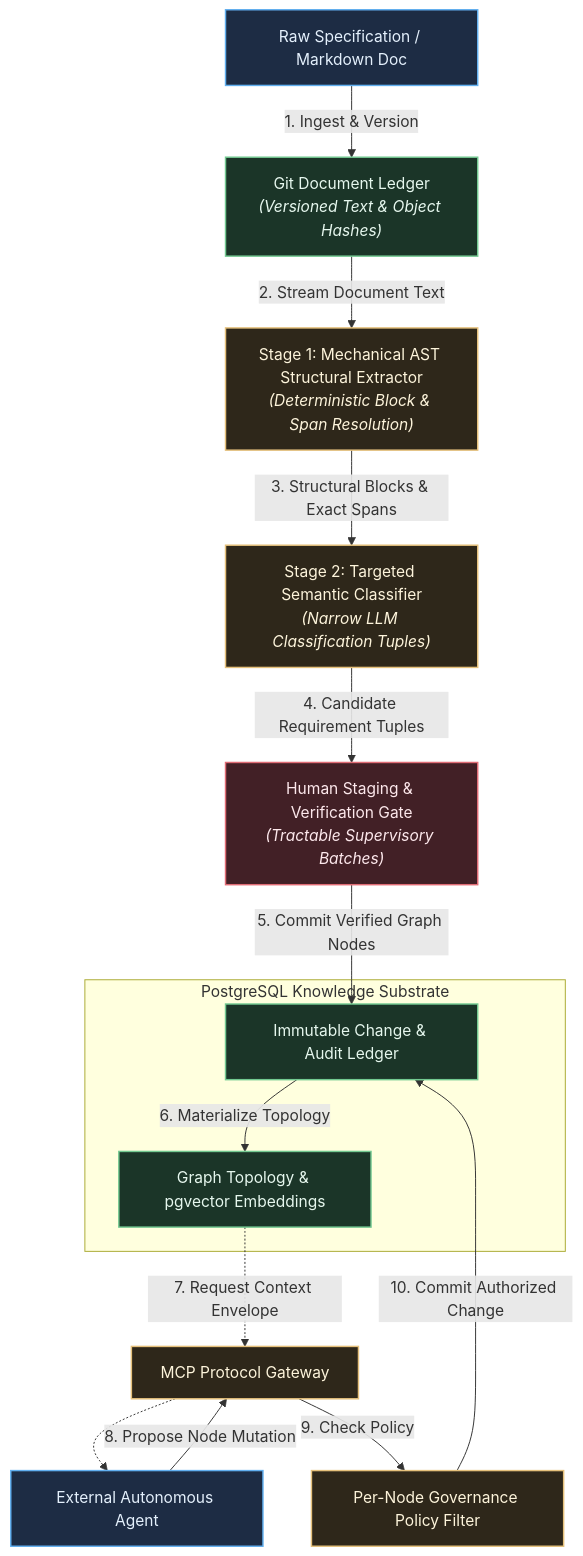
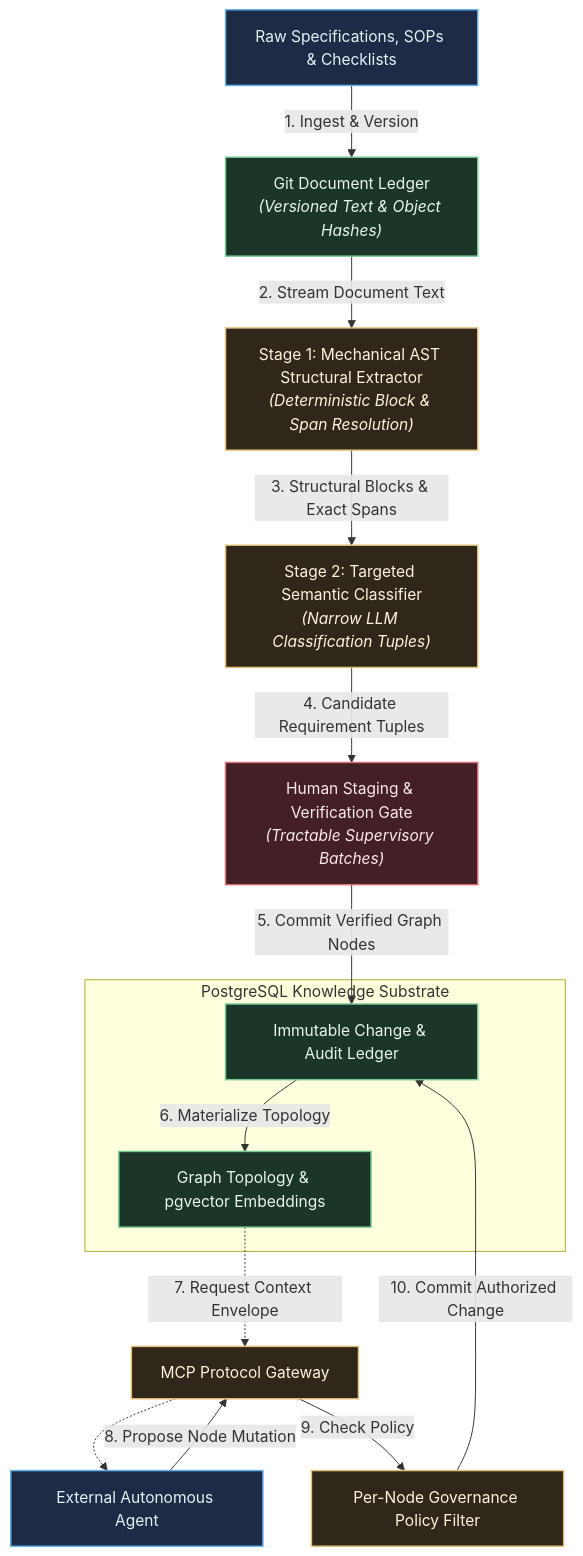
The third of 4 diagrams in docs/vision/vision.md (Shapedsundew9/tks), drawn with Mermaid before and after one commit. The commit also changed other lines of this file, not shown here.

Commit message:
Enhance technical vision document by adding new failure modes and detailing procedural knowledge modeling for improved architectural coherence and compliance.

````diff
--- a/docs/vision/vision.md
+++ b/docs/vision/vision.md
@@ -191,64 +213,64 @@
 ```mermaid
 %%{init: {
   'theme': 'base',
   'themeVariables': {
     'darkMode': true,
     'background': '#161922',
     'mainBkg': '#1e2230',
     'nodeBorder': '#434c5e',
     'textColor': '#e2e8f0',
     'fontFamily': 'ui-sans-serif, system-ui, -apple-system, BlinkMacSystemFont, "Segoe UI", Roboto, "Helvetica Neue", Arial, sans-serif',
     'fontSize': '14px',
     'lineColor': '#8892b0',
     'primaryColor': '#422026',
     'primaryTextColor': '#fde8ec',
     'primaryBorderColor': '#e06c75',
     'secondaryColor': '#1b3528',
     'secondaryTextColor': '#e6f7ee',
     'secondaryBorderColor': '#73c991',
     'tertiaryColor': '#1d2c44',
     'tertiaryTextColor': '#e4f0fc',
     'tertiaryBorderColor': '#61afef',
     'clusterBkg': '#13161f',
     'clusterBorder': '#373e51',
     'noteBkgColor': '#2e271a',
     'noteTextColor': '#fdf4db',
     'noteBorderColor': '#e5c07b',
     'edgeLabelBackground': '#1a1d27'
   }
 }}%%
 flowchart TD
     classDef primary fill:#422026,stroke:#e06c75,stroke-width:1.5px,color:#fde8ec;
     classDef secondary fill:#1b3528,stroke:#73c991,stroke-width:1.5px,color:#e6f7ee;
     classDef tertiary fill:#1d2c44,stroke:#61afef,stroke-width:1.5px,color:#e4f0fc;
     classDef note fill:#2e271a,stroke:#e5c07b,stroke-width:1.5px,color:#fdf4db;
 
-    Doc["Raw Specification / Markdown Doc"]:::tertiary
+    Doc["Raw Specifications, SOPs & Checklists"]:::tertiary
     GitLedger["Git Document Ledger<br/><i>(Versioned Text & Object Hashes)</i>"]:::secondary
     ASTParser["Stage 1: Mechanical AST Structural Extractor<br/><i>(Deterministic Block & Span Resolution)</i>"]:::note
     Classifier["Stage 2: Targeted Semantic Classifier<br/><i>(Narrow LLM Classification Tuples)</i>"]:::note
     HumanReview["Human Staging & Verification Gate<br/><i>(Tractable Supervisory Batches)</i>"]:::primary
 
     Doc -->|"1. Ingest & Version"| GitLedger
     GitLedger -->|"2. Stream Document Text"| ASTParser
     ASTParser -->|"3. Structural Blocks & Exact Spans"| Classifier
     Classifier -->|"4. Candidate Requirement Tuples"| HumanReview
 
     subgraph Core["PostgreSQL Knowledge Substrate"]
         GraphStore["Graph Topology & pgvector Embeddings"]:::secondary
         AuditTrail["Immutable Change & Audit Ledger"]:::secondary
     end
 
     HumanReview -->|"5. Commit Verified Graph Nodes"| AuditTrail
     AuditTrail -->|"6. Materialize Topology"| GraphStore
 
     ExtAgent["External Autonomous Agent"]:::tertiary
     MCPGateway["MCP Protocol Gateway"]:::note
     GovCheck["Per-Node Governance Policy Filter"]:::note
 
     GraphStore -.->|"7. Request Context Envelope"| MCPGateway
     MCPGateway -.-> ExtAgent
     ExtAgent -->|"8. Propose Node Mutation"| MCPGateway
     MCPGateway -->|"9. Check Policy"| GovCheck
     GovCheck -->|"10. Commit Authorized Change"| AuditTrail
 ```
````
